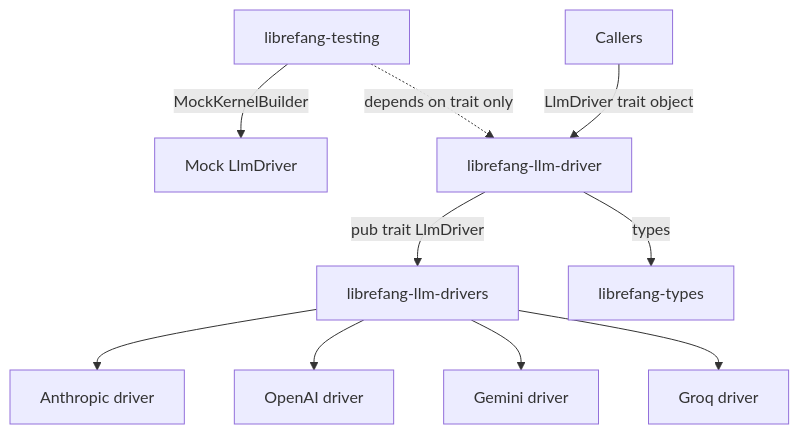
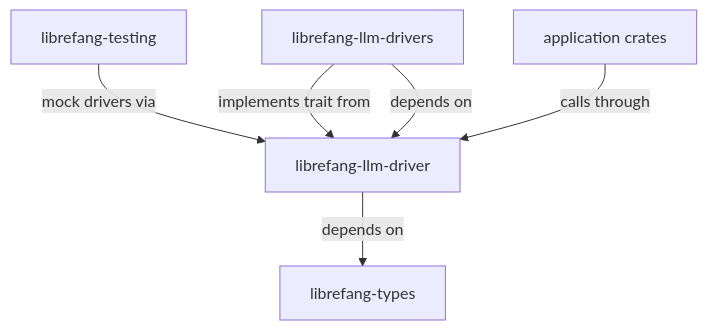
The diagram in other-librefang-llm-driver.md (leszek3737/librefang-WIki), drawn with Mermaid before and after one commit. The commit also changed other lines of this file and 119 other files, not shown here.

````diff
--- a/other-librefang-llm-driver.md
+++ b/other-librefang-llm-driver.md
@@ -9,12 +15,8 @@
 ```mermaid
 graph TD
-    A[librefang-llm-driver] -->|pub trait LlmDriver| B[librefang-llm-drivers]
-    B --> B1[Anthropic driver]
-    B --> B2[OpenAI driver]
-    B --> B3[Gemini driver]
-    B --> B4[Groq driver]
-    A -->|types| C[librefang-types]
-    D[librefang-testing] -->|MockKernelBuilder| E[Mock LlmDriver]
-    D -.->|depends on trait only| A
-    F[Callers] -->|LlmDriver trait object| A
+    A[librefang-llm-driver] -->|depends on| B[librefang-types]
+    C[librefang-llm-drivers] -->|implements trait from| A
+    D[librefang-testing] -->|mock drivers via| A
+    E[application crates] -->|calls through| A
+    C -->|depends on| A
 ```
````
